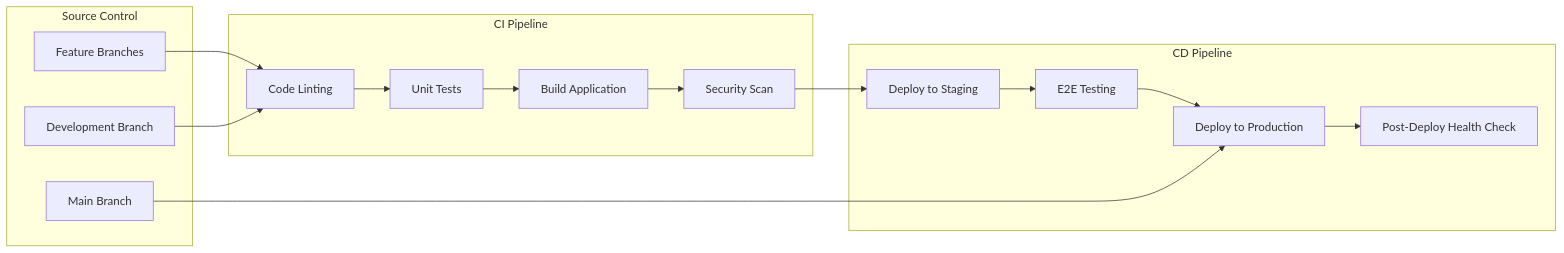
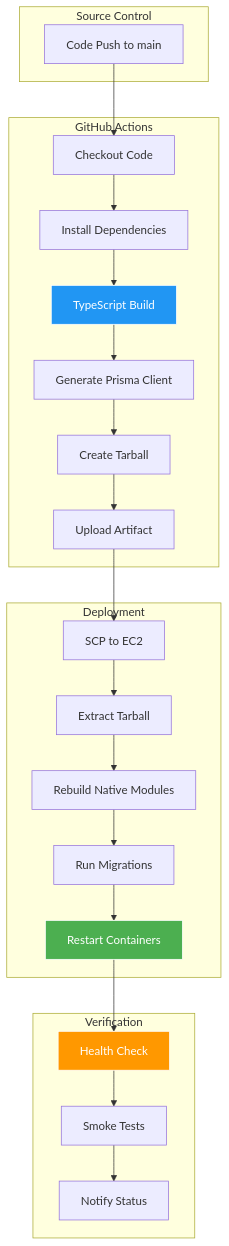
One commit to openlearnnitj/openlearn-backend changed the sixth of 6 diagrams in README.md. Above: the diagram before and after it, drawn with Mermaid. The commit also changed other lines of this file and 1 other file, not shown here.

````diff
--- a/README.md
+++ b/README.md
@@ -764,33 +473,48 @@
 ```mermaid
-graph LR
+graph TB
     subgraph "Source Control"
-        DEV_BRANCH[Development Branch]
-        FEATURE_BRANCH[Feature Branches]
-        MAIN_BRANCH[Main Branch]
+        PUSH[Code Push to main]
     end
     
-    subgraph "CI Pipeline"
-        LINT[Code Linting]
-        TEST[Unit Tests]
-        BUILD[Build Application]
-        SECURITY[Security Scan]
+    subgraph "GitHub Actions"
+        CHECKOUT[Checkout Code]
+        DEPS[Install Dependencies]
+        BUILD[TypeScript Build]
+        PRISMA[Generate Prisma Client]
+        PACKAGE[Create Tarball]
+        UPLOAD[Upload Artifact]
     end
     
-    subgraph "CD Pipeline"
-        STAGING_DEPLOY[Deploy to Staging]
-        E2E_TEST[E2E Testing]
-        PROD_DEPLOY[Deploy to Production]
-        HEALTH_CHECK[Post-Deploy Health Check]
+    subgraph "Deployment"
+        SCP[SCP to EC2]
+        EXTRACT[Extract Tarball]
+        REBUILD[Rebuild Native Modules]
+        MIGRATE[Run Migrations]
+        RESTART[Restart Containers]
     end
     
-    FEATURE_BRANCH --> LINT
-    DEV_BRANCH --> LINT
-    LINT --> TEST
-    TEST --> BUILD
-    BUILD --> SECURITY
-    SECURITY --> STAGING_DEPLOY
-    STAGING_DEPLOY --> E2E_TEST
-    E2E_TEST --> PROD_DEPLOY
-    PROD_DEPLOY --> HEALTH_CHECK
-    MAIN_BRANCH --> PROD_DEPLOY
+    subgraph "Verification"
+        HEALTH_CHECK[Health Check]
+        SMOKE_TEST[Smoke Tests]
+        NOTIFY[Notify Status]
+    end
+    
+    PUSH --> CHECKOUT
+    CHECKOUT --> DEPS
+    DEPS --> BUILD
+    BUILD --> PRISMA
+    PRISMA --> PACKAGE
+    PACKAGE --> UPLOAD
+    UPLOAD --> SCP
+    SCP --> EXTRACT
+    EXTRACT --> REBUILD
+    REBUILD --> MIGRATE
+    MIGRATE --> RESTART
+    RESTART --> HEALTH_CHECK
+    HEALTH_CHECK --> SMOKE_TEST
+    SMOKE_TEST --> NOTIFY
+    
+    style BUILD fill:#2196F3,stroke:#fff,color:#fff
+    style RESTART fill:#4CAF50,stroke:#fff,color:#fff
+    style HEALTH_CHECK fill:#FF9800,stroke:#fff,color:#fff
 ```
````
